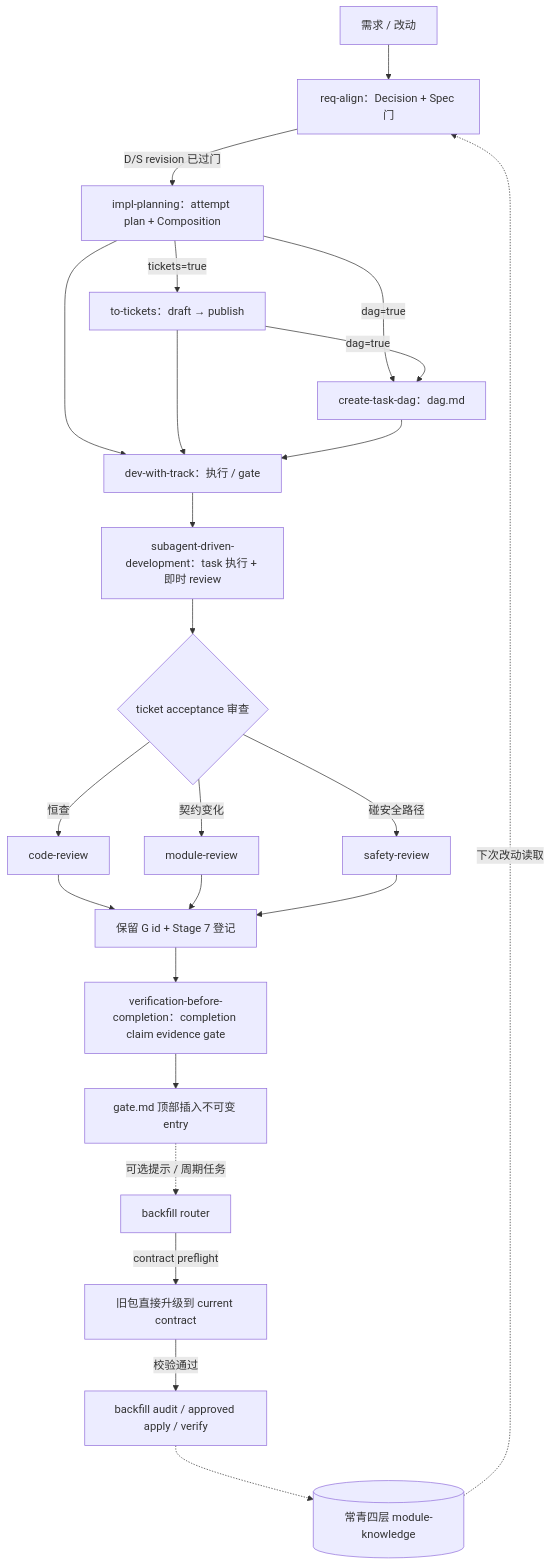
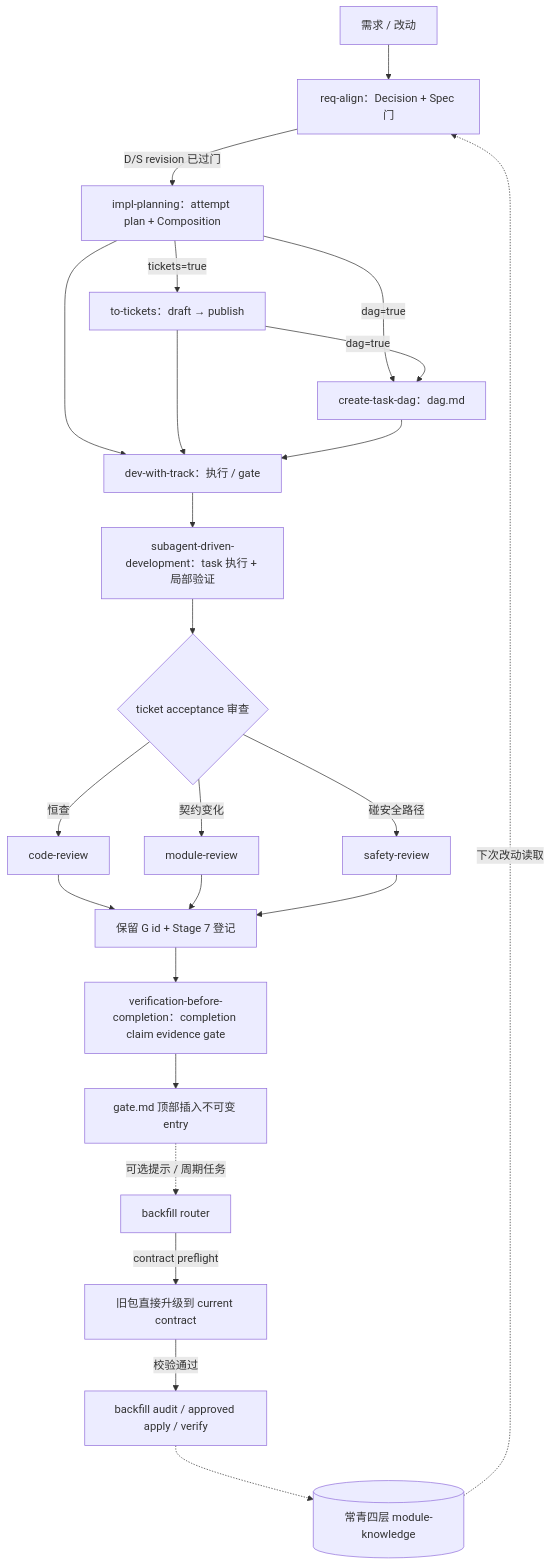
Before and after one commit to fangxiao-dev/agent-workbench: the diagram in skills/impl-package/SKILL.md, drawn with Mermaid. The commit also changed other lines of this file and 25 other files, not shown here.

````diff
--- a/skills/impl-package/SKILL.md
+++ b/skills/impl-package/SKILL.md
@@ -28,26 +28,26 @@
 ```mermaid
 flowchart TD
     Req[需求 / 改动] --> RA[req-align：Decision + Spec 门]
     RA -->|D/S revision 已过门| PL[impl-planning：attempt plan + Composition]
     PL -->|tickets=true| TK[to-tickets：draft → publish]
     PL -->|dag=true| DG[create-task-dag：dag.md]
     TK -->|dag=true| DG
     PL --> EX[dev-with-track：执行 / gate]
     TK --> EX
     DG --> EX
-    EX --> SD[subagent-driven-development：task 执行 + 即时 review]
+    EX --> SD[subagent-driven-development：task 执行 + 局部验证]
     SD --> RV{ticket acceptance 审查}
     RV -->|恒查| CR[code-review]
     RV -->|契约变化| MR[module-review]
     RV -->|碰安全路径| SR[safety-review]
     CR --> CAP[保留 G id + Stage 7 登记]
     MR --> CAP
     SR --> CAP
     CAP --> VC[verification-before-completion：completion claim evidence gate]
     VC --> GT[gate.md 顶部插入不可变 entry]
     GT -. 可选提示 / 周期任务 .-> BF[backfill router]
     BF -->|contract preflight| UP[旧包直接升级到 current contract]
     UP -->|校验通过| BF2[backfill audit / approved apply / verify]
     BF2 -.-> EV[(常青四层 module-knowledge)]
     EV -. 下次改动读取 .-> RA
 ```
````
